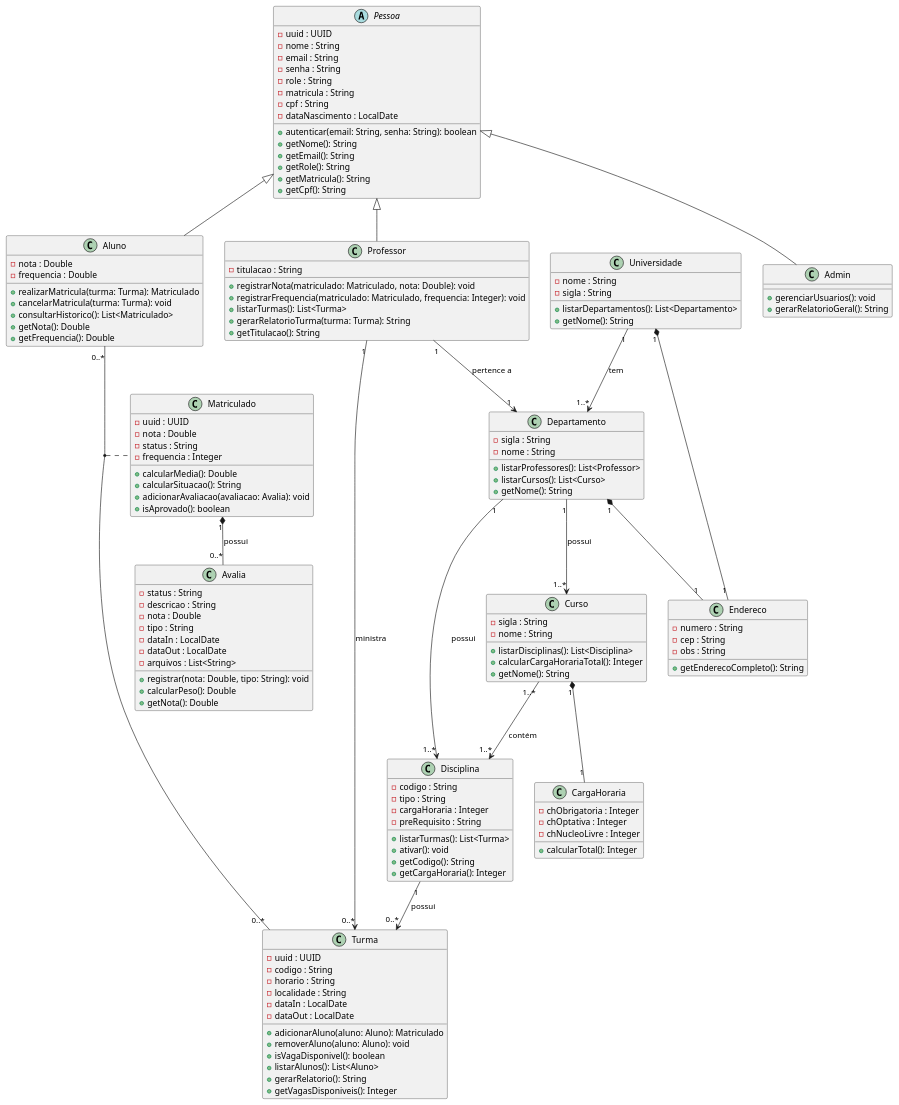
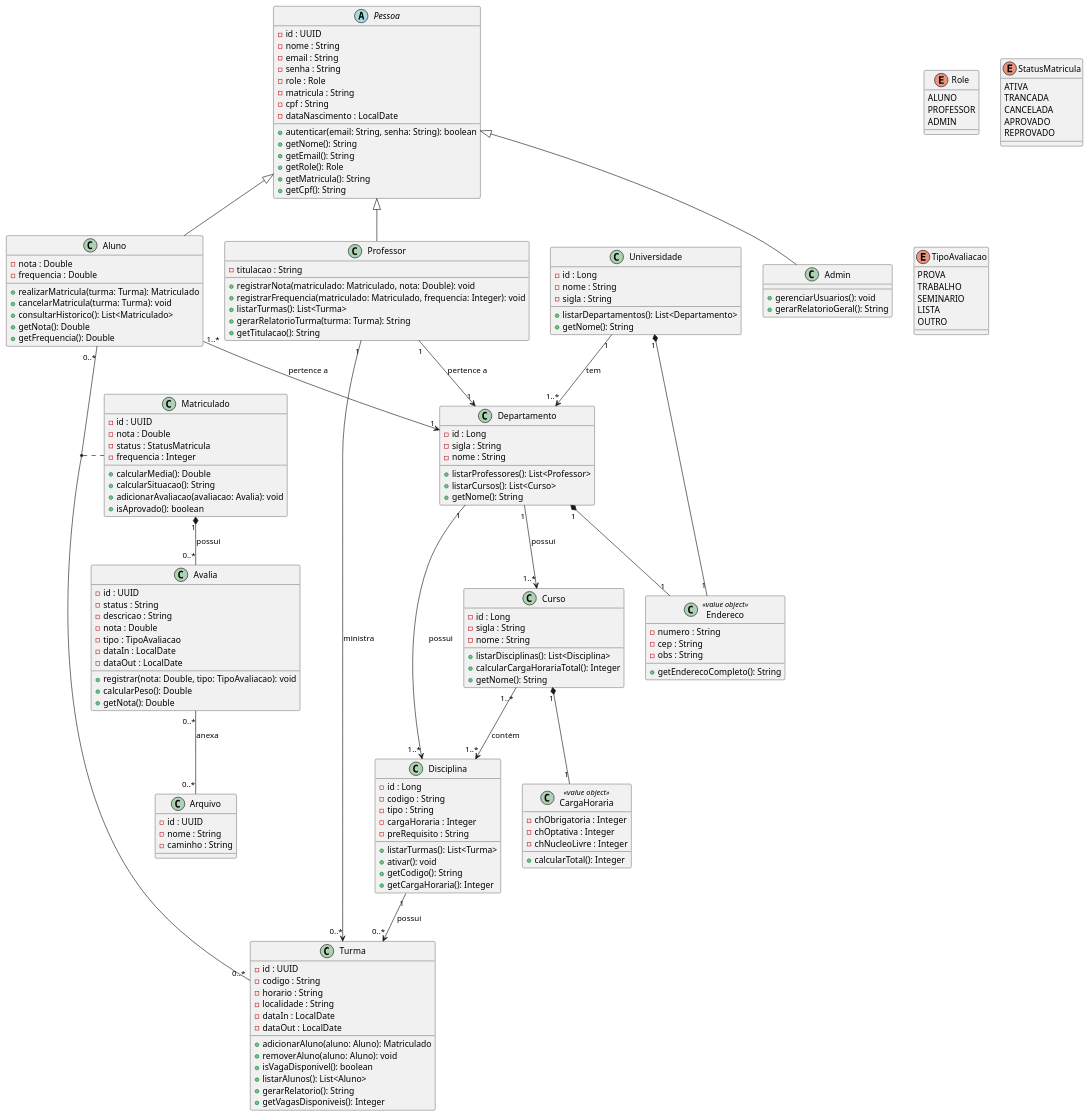
The diagram in docs/Diagrama-de-classes.puml (Rangelzin/SGA-Central-POO), drawn with PlantUML before and after one commit. The commit also changed 2 other files, not shown here.

Commit message:
docs: alinha dbml, diagrama e spec da ALTA-5 ao modelo canonico

```diff
--- a/docs/Diagrama-de-classes.puml
+++ b/docs/Diagrama-de-classes.puml
@@ -1,20 +1,38 @@
 @startuml Diagrama de Classes
 
+' =====================================================================
+' SGA - Diagrama de Classes (MODELO CANÔNICO — ver docs/database.dbml)
+'  - Herança JOINED: Pessoa abstrata; Aluno/Professor/Admin.
+'  - IDs: UUID em Pessoa/Aluno/Professor/Admin/Turma/Matriculado/
+'    Avalia/Arquivo; Long (BIGINT) em Universidade/Departamento/Curso/
+'    Disciplina.
+'  - Endereco e CargaHoraria são value objects (@Embeddable).
+'  - Enums Role/StatusMatricula/TipoAvaliacao mapeados via
+'    @Enumerated(STRING).
+'  - Arquivo é entidade própria; Avalia x Arquivo é N:M (Modelo B).
+' =====================================================================
+
 abstract class Pessoa {
-    - uuid : UUID
+    - id : UUID
     - nome : String
     - email : String
     - senha : String
-    - role : String
+    - role : Role
     - matricula : String
     - cpf : String
     - dataNascimento : LocalDate
     +autenticar(email: String, senha: String): boolean
     +getNome(): String
     +getEmail(): String
-    +getRole(): String
+    +getRole(): Role
     +getMatricula(): String
     +getCpf(): String
+}
+
+enum Role {
+    ALUNO
+    PROFESSOR
+    ADMIN
 }
 
 class Aluno {
@@ -42,7 +60,7 @@
 }
 
 class Turma {
-    - uuid : UUID
+    - id : UUID
     - codigo : String
     - horario : String
     - localidade : String
@@ -57,9 +75,9 @@
 }
 
 class Matriculado {
-    - uuid : UUID
+    - id : UUID
     - nota : Double
-    - status : String
+    - status : StatusMatricula
     - frequencia : Integer
     +calcularMedia(): Double
     +calcularSituacao(): String
@@ -67,20 +85,43 @@
     +isAprovado(): boolean
 }
 
+enum StatusMatricula {
+    ATIVA
+    TRANCADA
+    CANCELADA
+    APROVADO
+    REPROVADO
+}
+
 class Avalia {
+    - id : UUID
     - status : String
     - descricao : String
     - nota : Double
-    - tipo : String
+    - tipo : TipoAvaliacao
     - dataIn : LocalDate
     - dataOut : LocalDate
-    - arquivos : List<String>
-    +registrar(nota: Double, tipo: String): void
+    +registrar(nota: Double, tipo: TipoAvaliacao): void
     +calcularPeso(): Double
     +getNota(): Double
 }
 
+enum TipoAvaliacao {
+    PROVA
+    TRABALHO
+    SEMINARIO
+    LISTA
+    OUTRO
+}
+
+class Arquivo {
+    - id : UUID
+    - nome : String
+    - caminho : String
+}
+
 class Disciplina {
+    - id : Long
     - codigo : String
     - tipo : String
     - cargaHoraria : Integer
@@ -92,6 +133,7 @@
 }
 
 class Curso {
+    - id : Long
     - sigla : String
     - nome : String
     +listarDisciplinas(): List<Disciplina>
@@ -99,7 +141,7 @@
     +getNome(): String
 }
 
-class CargaHoraria {
+class CargaHoraria <<value object>> {
     - chObrigatoria : Integer
     - chOptativa : Integer
     - chNucleoLivre : Integer
@@ -107,6 +149,7 @@
 }
 
 class Departamento {
+    - id : Long
     - sigla : String
     - nome : String
     +listarProfessores(): List<Professor>
@@ -115,27 +158,31 @@
 }
 
 class Universidade {
+    - id : Long
     - nome : String
     - sigla : String
     +listarDepartamentos(): List<Departamento>
     +getNome(): String
 }
 
-class Endereco {
+class Endereco <<value object>> {
     - numero : String
     - cep : String
     - obs : String
     +getEnderecoCompleto(): String
 }
 
+' Herança JOINED
 Pessoa <|-- Aluno
 Pessoa <|-- Professor
 Pessoa <|-- Admin
 
+' Value objects (@Embeddable)
 Universidade "1" *-- "1" Endereco
 Departamento "1" *-- "1" Endereco
 Curso "1" *-- "1" CargaHoraria
 
+' Estrutura institucional
 Universidade "1" --> "1..*" Departamento : tem
 Departamento "1" --> "1..*" Curso : possui
 Departamento "1" --> "1..*" Disciplina : possui
@@ -144,6 +191,7 @@
 
 Professor "1" --> "1" Departamento : pertence a
 Professor "1" --> "0..*" Turma : ministra
+Aluno "1..*" --> "1" Departamento : pertence a
 
 ' Associação N:M entre Aluno e Turma resolvida pela classe de associação Matriculado.
 ' Avalia pertence a uma matrícula (Matriculado), não diretamente a (Aluno, Turma).
@@ -151,4 +199,7 @@
 (Aluno, Turma) .. Matriculado
 Matriculado "1" *-- "0..*" Avalia : possui
 
+' N:M Avalia x Arquivo (Modelo B — arquivo reutilizável)
+Avalia "0..*" -- "0..*" Arquivo : anexa
+
 @enduml
```
